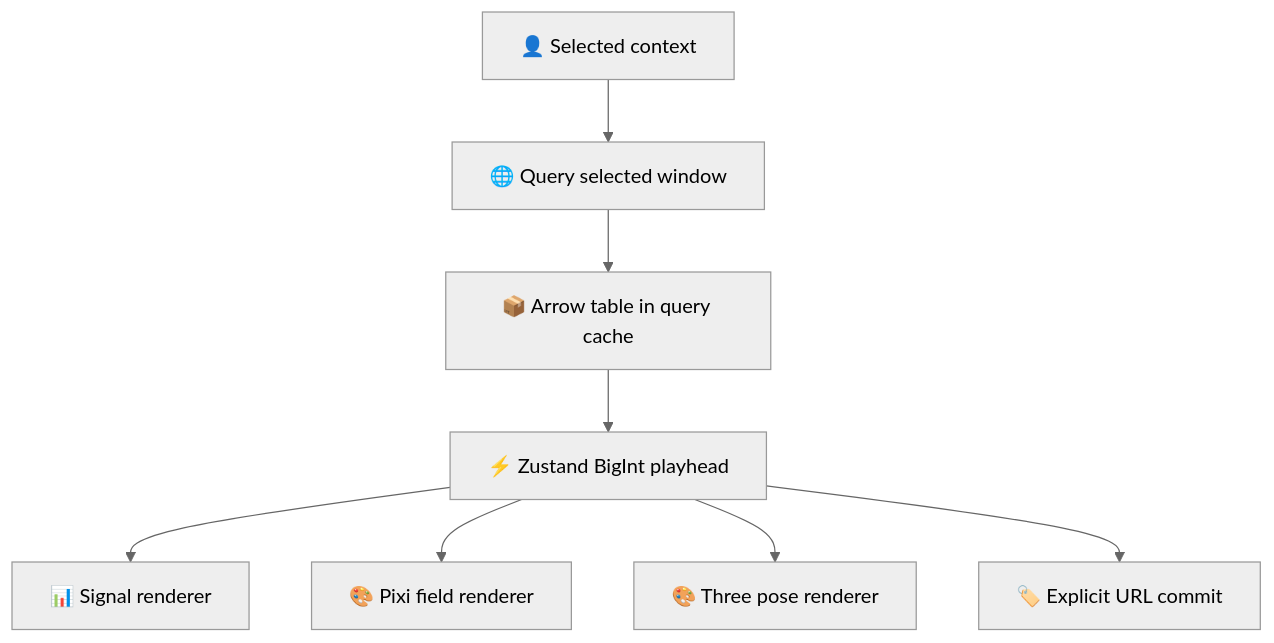
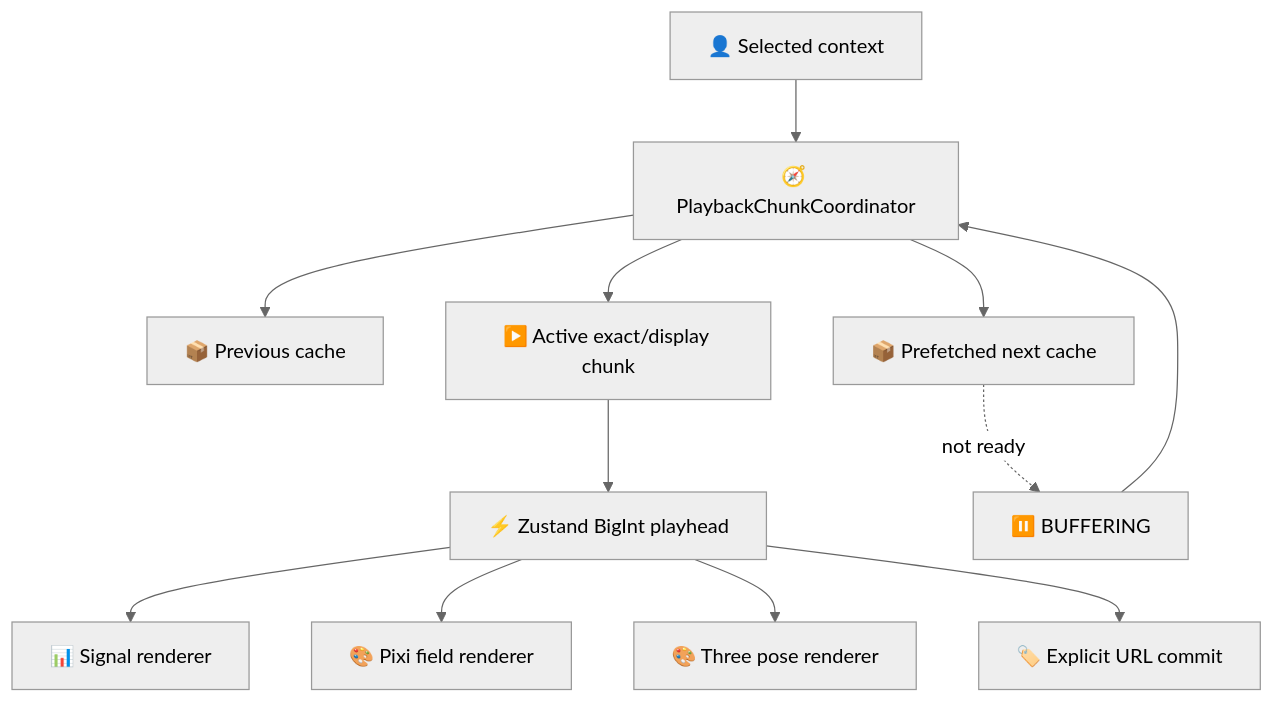
One commit to Litju/DynamisETL changed the third of 3 diagrams in docs/architecture/v2/DATAFLOW.md. Above: the diagram before and after it, drawn with Mermaid (neutral theme). The commit also changed other lines of this file and 7 other files, not shown here.

````diff
--- a/docs/architecture/v2/DATAFLOW.md
+++ b/docs/architecture/v2/DATAFLOW.md
@@ -58,13 +63,17 @@
 ```mermaid
 flowchart TB
     accTitle: Current playback flow
     accDescr: The current shared clock advances transient Zustand state while renderers sample the loaded window; URL state changes only at explicit commit boundaries.
 
-    selected[👤 Selected context] --> request[🌐 Query selected window]
-    request --> loaded[📦 Arrow table in query cache]
-    loaded --> clock[⚡ Zustand BigInt playhead]
+    selected[👤 Selected context] --> coordinator[🧭 PlaybackChunkCoordinator]
+    coordinator --> previous[📦 Previous cache]
+    coordinator --> active[▶️ Active exact/display chunk]
+    coordinator --> next[📦 Prefetched next cache]
+    active --> clock[⚡ Zustand BigInt playhead]
     clock --> signal[📊 Signal renderer]
     clock --> field[🎨 Pixi field renderer]
     clock --> pose[🎨 Three pose renderer]
+    next -. not ready .-> buffering[⏸️ BUFFERING]
+    buffering --> coordinator
     clock --> commit[🏷️ Explicit URL commit]
 ```
````
